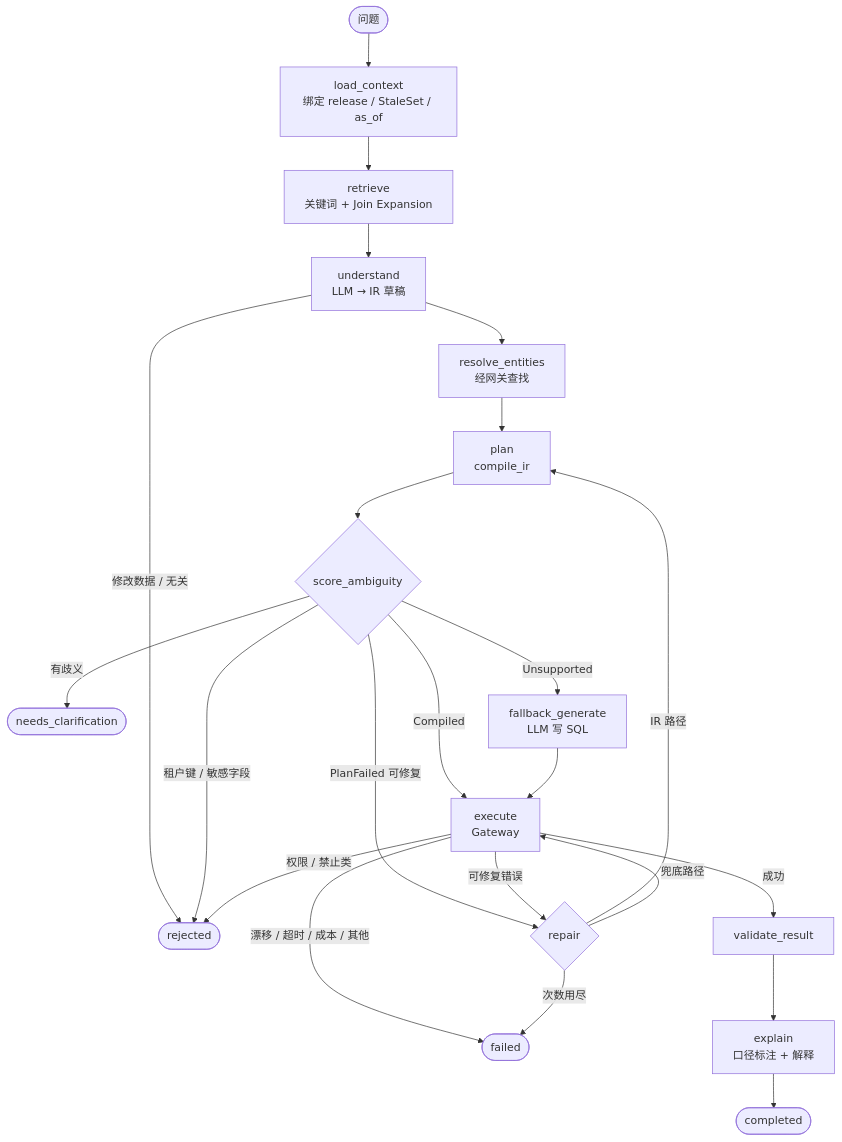
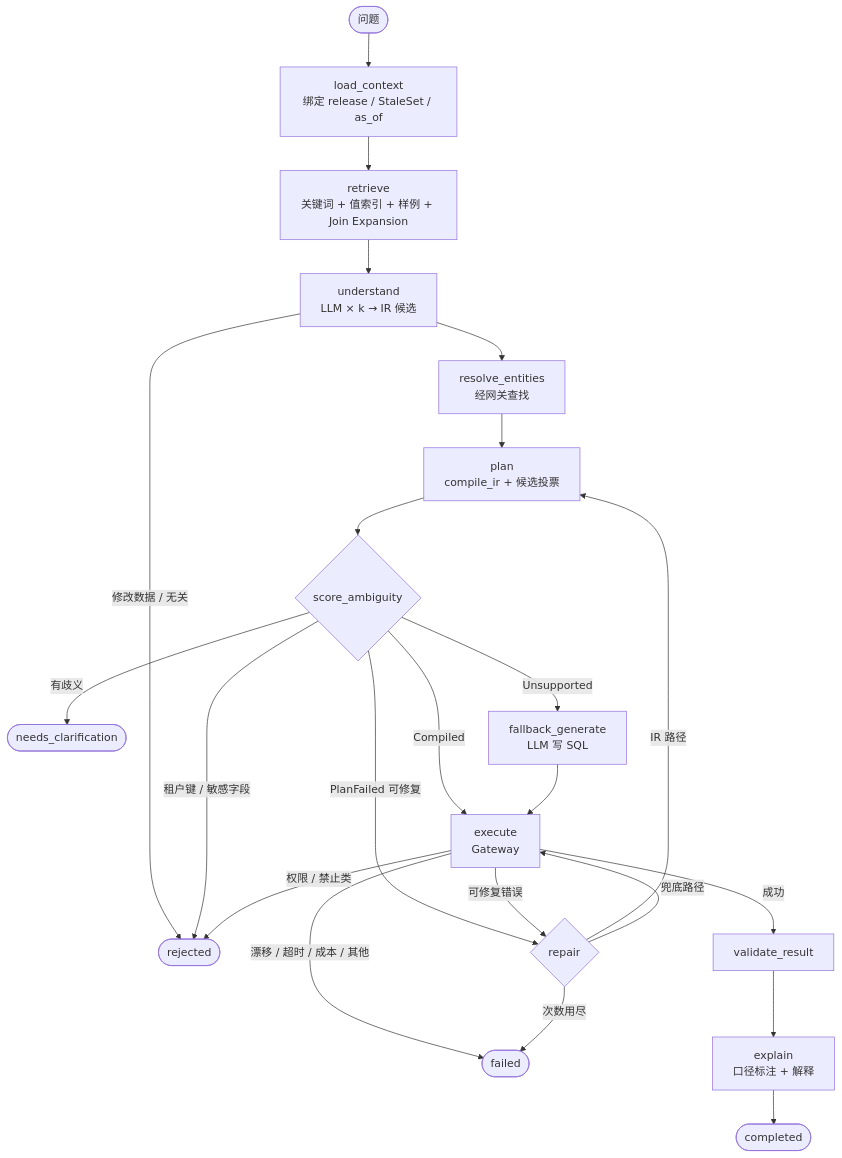
One commit to kele0808/SQLClaw changed the diagram in docs/specs/08-agent.md. Above: the diagram before and after it, drawn with Mermaid. The commit also changed other lines of this file and 8 other files, not shown here.

Commit message:
docs: adopt large-schema proposals in architecture and specs

````diff
--- a/docs/specs/08-agent.md
+++ b/docs/specs/08-agent.md
@@ -346,25 +393,25 @@
 ```mermaid
 flowchart TD
     S([问题]) --> CTX[load_context<br/>绑定 release / StaleSet / as_of]
-    CTX --> RET[retrieve<br/>关键词 + Join Expansion]
-    RET --> UND[understand<br/>LLM → IR 草稿]
+    CTX --> RET[retrieve<br/>关键词 + 值索引 + 样例 + Join Expansion]
+    RET --> UND[understand<br/>LLM × k → IR 候选]
     UND -->|修改数据 / 无关| REJ([rejected])
     UND --> ENT[resolve_entities<br/>经网关查找]
-    ENT --> PLN[plan<br/>compile_ir]
+    ENT --> PLN[plan<br/>compile_ir + 候选投票]
     PLN --> AMB{score_ambiguity}
     AMB -->|有歧义| CLR([needs_clarification])
     AMB -->|Compiled| EXE[execute<br/>Gateway]
     AMB -->|Unsupported| FB[fallback_generate<br/>LLM 写 SQL]
     AMB -->|PlanFailed 可修复| REP{repair}
     AMB -->|租户键 / 敏感字段| REJ
     FB --> EXE
     EXE -->|成功| RV[validate_result]
     EXE -->|可修复错误| REP
     EXE -->|权限 / 禁止类| REJ
     EXE -->|漂移 / 超时 / 成本 / 其他| FAIL([failed])
     REP -->|IR 路径| PLN
     REP -->|兜底路径| EXE
     REP -->|次数用尽| FAIL
     RV --> EXP[explain<br/>口径标注 + 解释]
     EXP --> DONE([completed])
 ```
````
